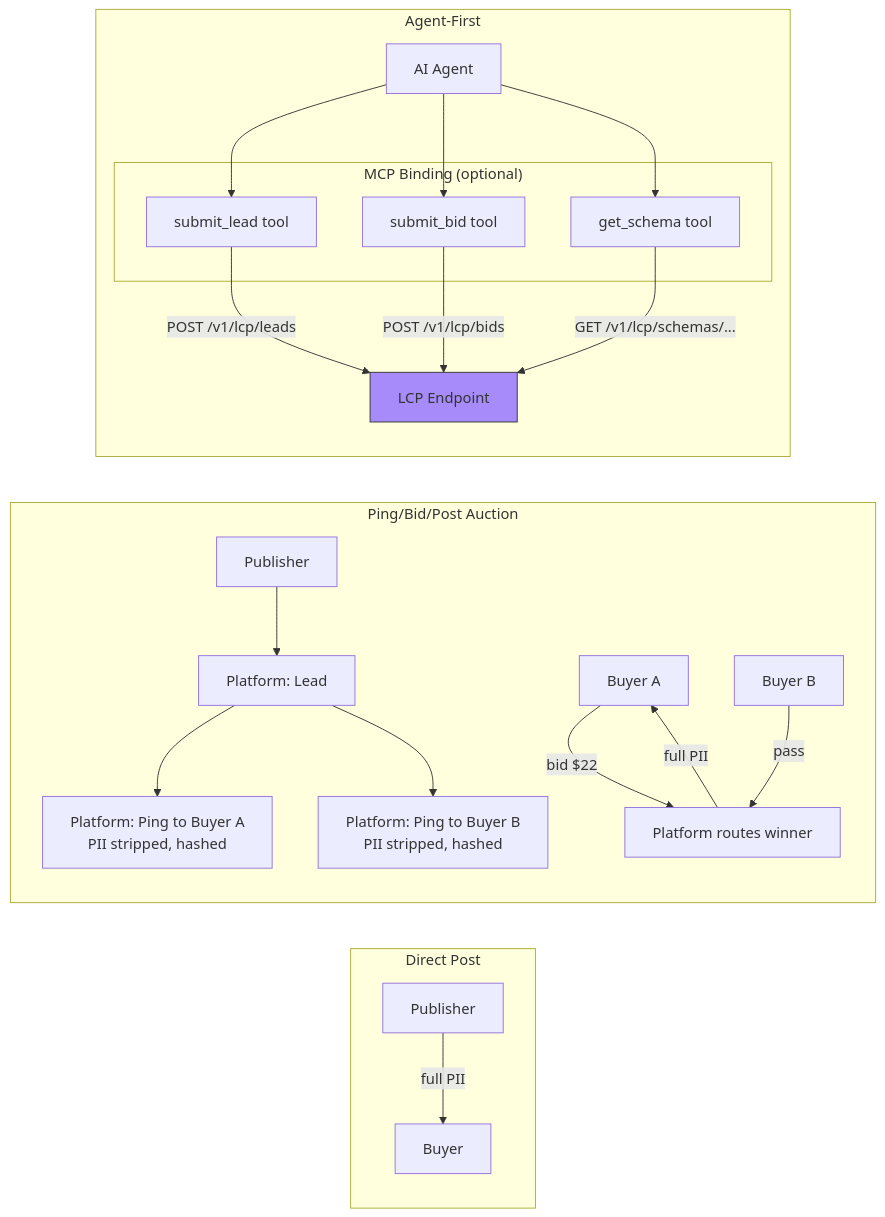
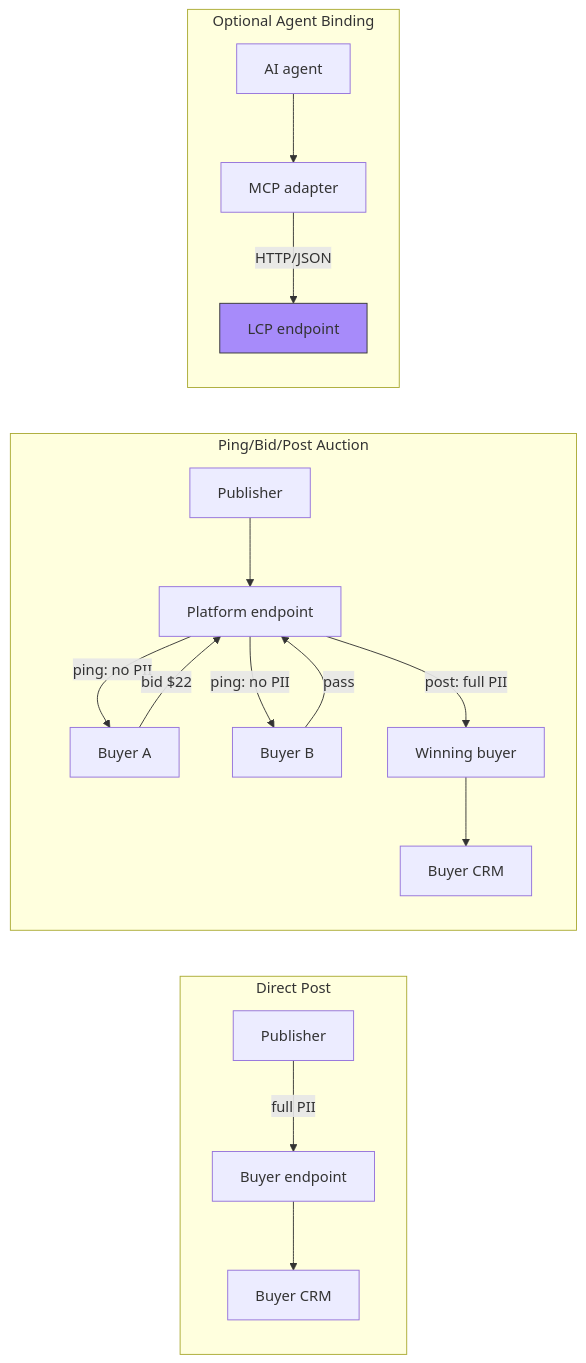
One commit to SpearSystems/LCP changed the diagram in README.md. Above: the diagram before and after it, drawn with Mermaid. The commit also changed other lines of this file, not shown here.

First line of the commit message:
docs: clarify LCP README integration paths

````diff
--- a/README.md
+++ b/README.md
@@ -15,32 +31,24 @@
 ```mermaid
 flowchart LR
     subgraph "Direct Post"
-        A1[Publisher] -->|full PII| B1[Buyer]
+        A1[Publisher] -->|full PII| B1[Buyer endpoint]
+        B1 --> C1[Buyer CRM]
     end
 
     subgraph "Ping/Bid/Post Auction"
-        A2[Publisher] --> L1[Platform: Lead]
-        L1 --> P1[Platform: Ping to Buyer A<br/>PII stripped, hashed]
-        L1 --> P2[Platform: Ping to Buyer B<br/>PII stripped, hashed]
-        B1a[Buyer A] -->|bid $22| R1[Platform routes winner]
-        B2a[Buyer B] -->|pass| R1
-        R1 -->|full PII| B1a
+        A2[Publisher] --> L1[Platform endpoint]
+        L1 -->|ping: no PII| P1[Buyer A]
+        L1 -->|ping: no PII| P2[Buyer B]
+        P1 -->|bid $22| L1
+        P2 -->|pass| L1
+        L1 -->|post: full PII| W1[Winning buyer]
+        W1 --> C2[Buyer CRM]
     end
 
-    subgraph "Agent-First"
-        subgraph "MCP Binding (optional)"
-            M1[submit_lead tool]
-            M2[submit_bid tool]
-            M3[get_schema tool]
-        end
-        A3[AI Agent]
-        A3 --> M1
-        A3 --> M2
-        A3 --> M3
-        M1 -->|POST /v1/lcp/leads| EP[LCP Endpoint]
-        M2 -->|POST /v1/lcp/bids| EP
-        M3 -->|GET /v1/lcp/schemas/...| EP
+    subgraph "Optional Agent Binding"
+        A3[AI agent] --> M1[MCP adapter]
+        M1 -->|HTTP/JSON| EP[LCP endpoint]
     end
 
     style EP fill:#a78bfa,stroke:#333
 ```
````
